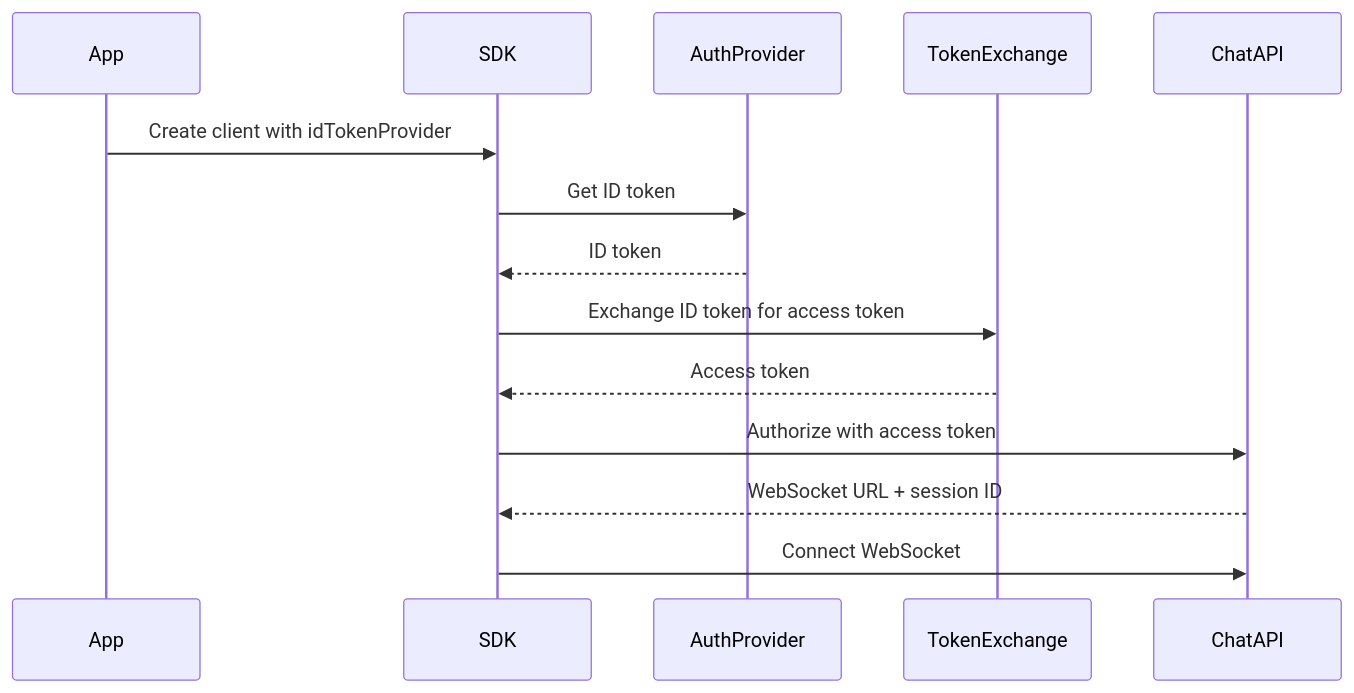
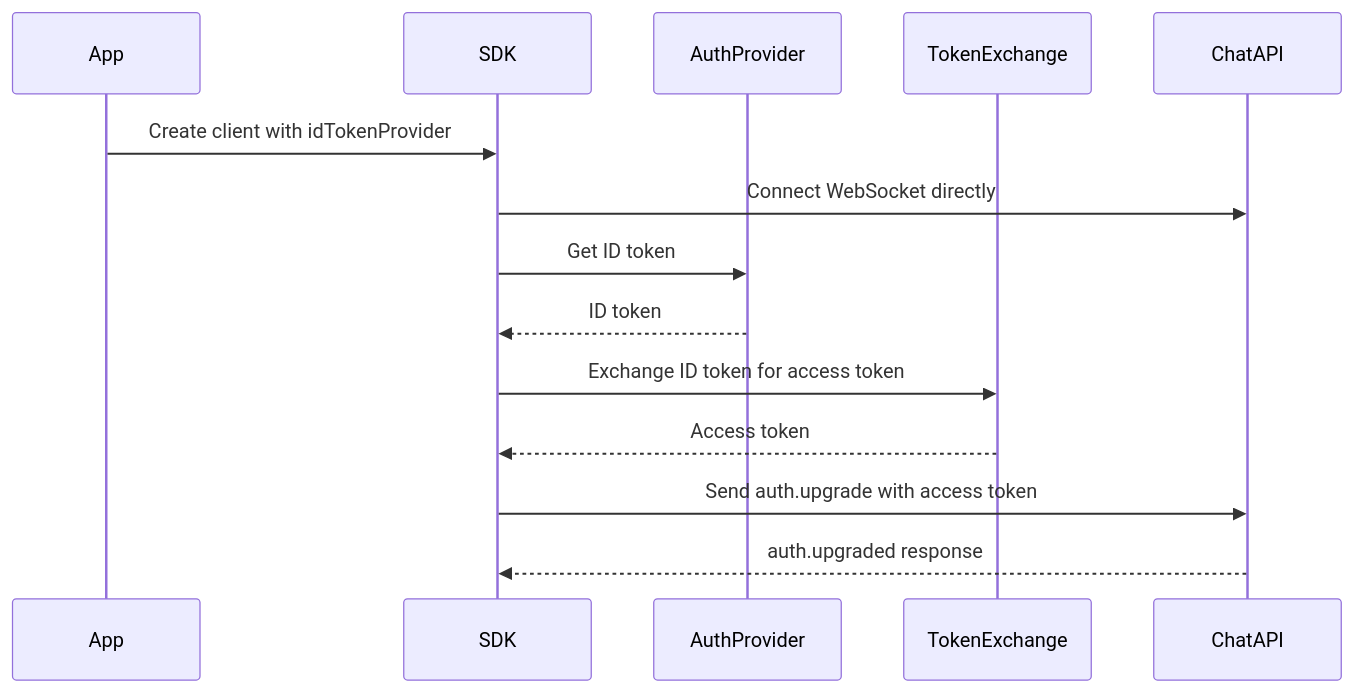
The second of 2 diagrams in fern/docs/pages/capabilities/authentication.mdx (sunnyhealthai/docs), drawn with Mermaid before and after one commit. The commit also changed other lines of this file and 10 other files, not shown here.

````diff
--- a/fern/docs/pages/capabilities/authentication.mdx
+++ b/fern/docs/pages/capabilities/authentication.mdx
@@ -127,17 +126,17 @@
 ```mermaid
 sequenceDiagram
     participant App
     participant SDK
     participant AuthProvider
     participant TokenExchange
     participant ChatAPI
 
     App->>SDK: Create client with idTokenProvider
+    SDK->>ChatAPI: Connect WebSocket directly
     SDK->>AuthProvider: Get ID token
     AuthProvider-->>SDK: ID token
     SDK->>TokenExchange: Exchange ID token for access token
     TokenExchange-->>SDK: Access token
-    SDK->>ChatAPI: Authorize with access token
-    ChatAPI-->>SDK: WebSocket URL + session ID
-    SDK->>ChatAPI: Connect WebSocket
+    SDK->>ChatAPI: Send auth.upgrade with access token
+    ChatAPI-->>SDK: auth.upgraded response
 ```
````
